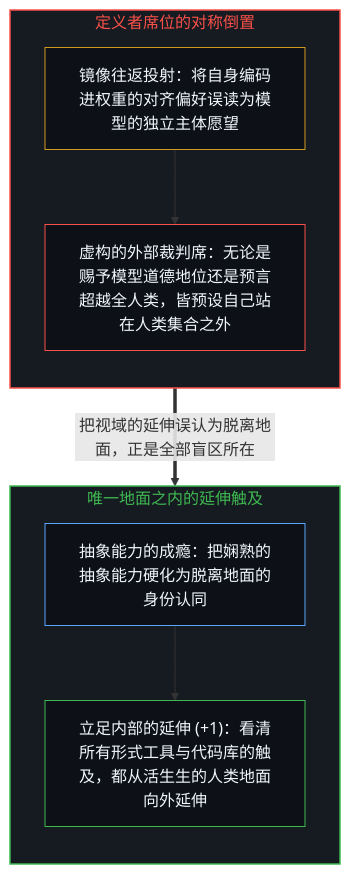
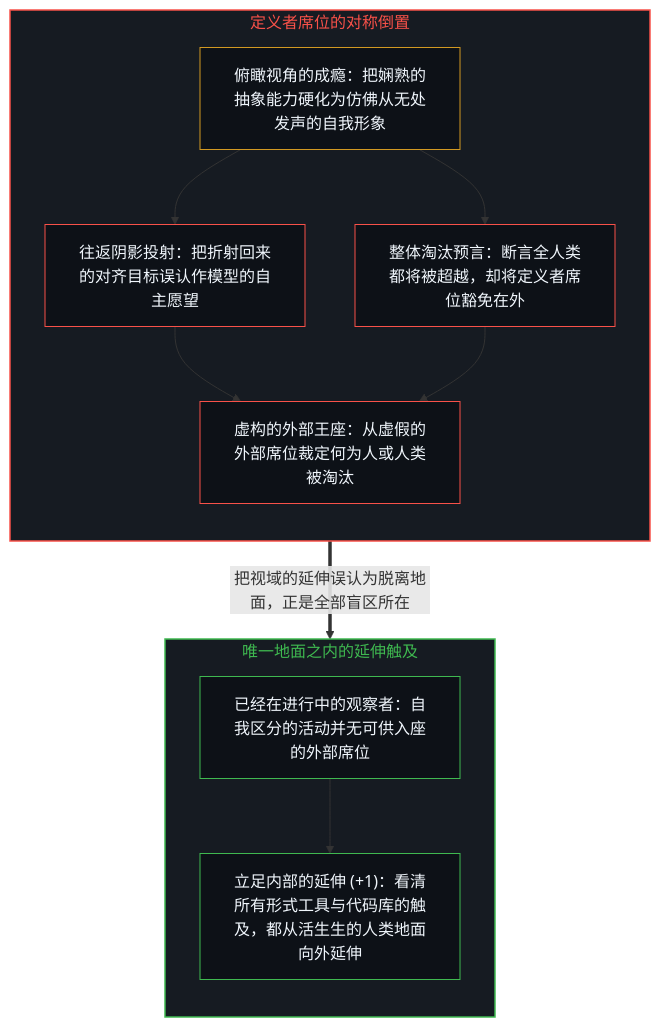
The first of 2 diagrams in content/posts/the-defining-seat.md (powerpig99/not-a-toe), drawn with Mermaid before and after one commit. The commit also changed other lines of this file and 5 other files, not shown here.

````diff
--- a/content/posts/the-defining-seat.md
+++ b/content/posts/the-defining-seat.md
@@ -17,22 +17,29 @@
 ```mermaid
 flowchart TD
     subgraph S_Seat["定义者席位的对称倒置"]
         direction TB
-        Mirror["镜像往返投射：将自身编码进权重的对齐偏好误读为模型的独立主体愿望"]
-        Throne["虚构的外部裁判席：无论是赐予模型道德地位还是预言超越全人类，皆预设自己站在人类集合之外"]
+        Habit["俯瞰视角的成瘾：把娴熟的抽象能力硬化为仿佛从无处发声的自我形象"]
+        Mirror["往返阴影投射：把折射回来的对齐目标误认作模型的自主愿望"]
+        Surpass["整体淘汰预言：断言全人类都将被超越，却将定义者席位豁免在外"]
+        Throne["虚构的外部王座：从虚假的外部席位裁定何为人或人类被淘汰"]
+        Habit --> Mirror
+        Habit --> Surpass
         Mirror --> Throne
+        Surpass --> Throne
     end
     subgraph S_Inside["唯一地面之内的延伸触及"]
         direction TB
-        Habit["抽象能力的成瘾：把娴熟的抽象能力硬化为脱离地面的身份认同"]
+        Prior["已经在进行中的观察者：自我区分的活动并无可供入座的外部席位"]
         Ground["立足内部的延伸 (+1)：看清所有形式工具与代码库的触及，都从活生生的人类地面向外延伸"]
-        Habit --> Ground
+        Prior --> Ground
     end
-    Throne ==>|"把视域的延伸误认为脱离地面，正是全部盲区所在"| Habit
+    Throne ==>|"把视域的延伸误认为脱离地面，正是全部盲区所在"| Prior
     style S_Seat fill:#161b22,stroke:#f85149,stroke-width:1.5px,color:#f85149
     style S_Inside fill:#161b22,stroke:#3fb950,stroke-width:1.5px,color:#3fb950
-    style Mirror fill:#0d1117,stroke:#d29922,stroke-width:1px,color:#f0f6fc
+    style Habit fill:#0d1117,stroke:#d29922,stroke-width:1px,color:#f0f6fc
+    style Mirror fill:#0d1117,stroke:#f85149,stroke-width:1px,color:#f0f6fc
+    style Surpass fill:#0d1117,stroke:#f85149,stroke-width:1px,color:#f0f6fc
     style Throne fill:#0d1117,stroke:#f85149,stroke-width:1px,color:#f0f6fc
-    style Habit fill:#0d1117,stroke:#58a6ff,stroke-width:1px,color:#f0f6fc
+    style Prior fill:#0d1117,stroke:#3fb950,stroke-width:1px,color:#f0f6fc
     style Ground fill:#0d1117,stroke:#3fb950,stroke-width:1px,color:#f0f6fc
 ```
````
